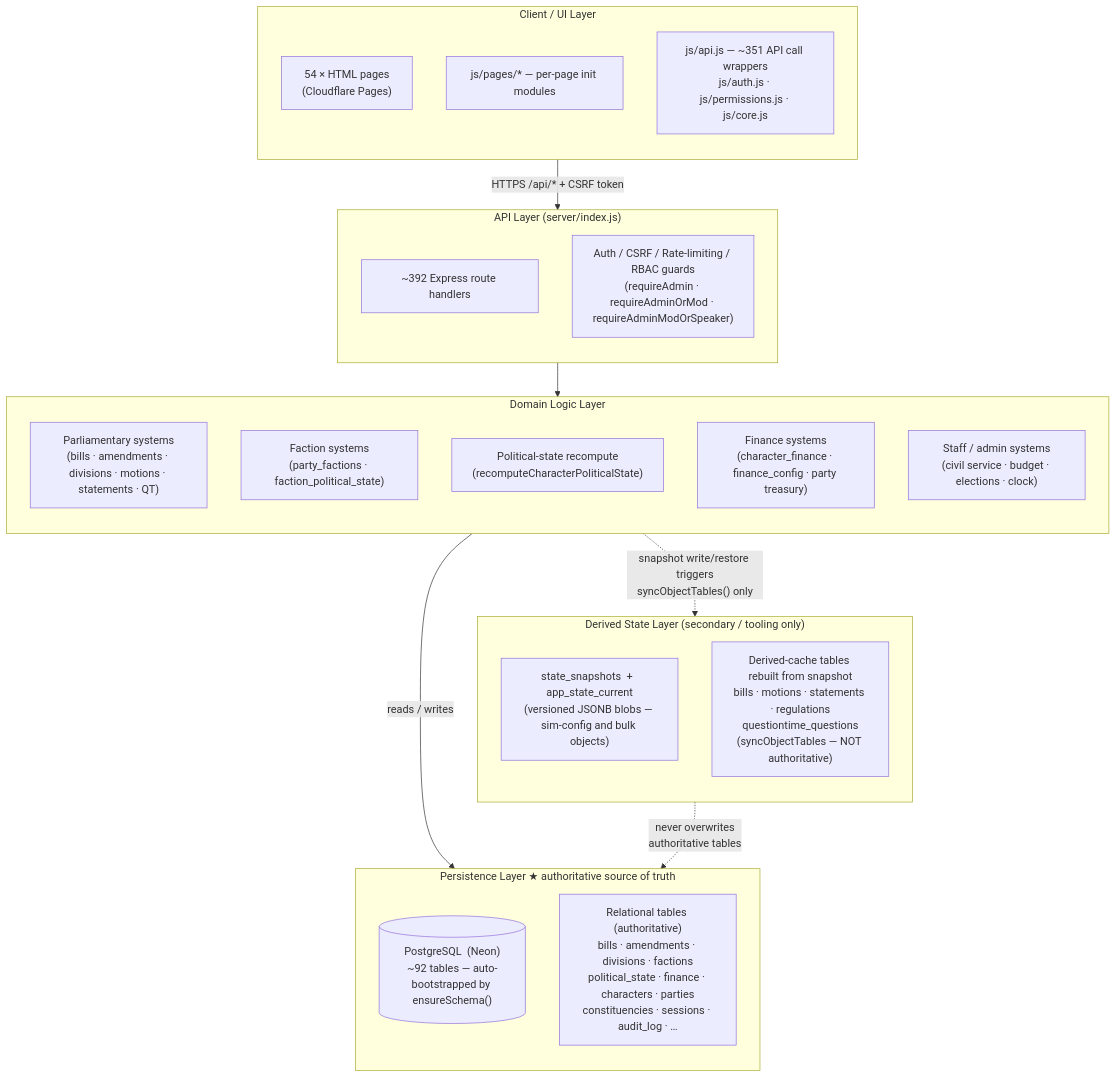
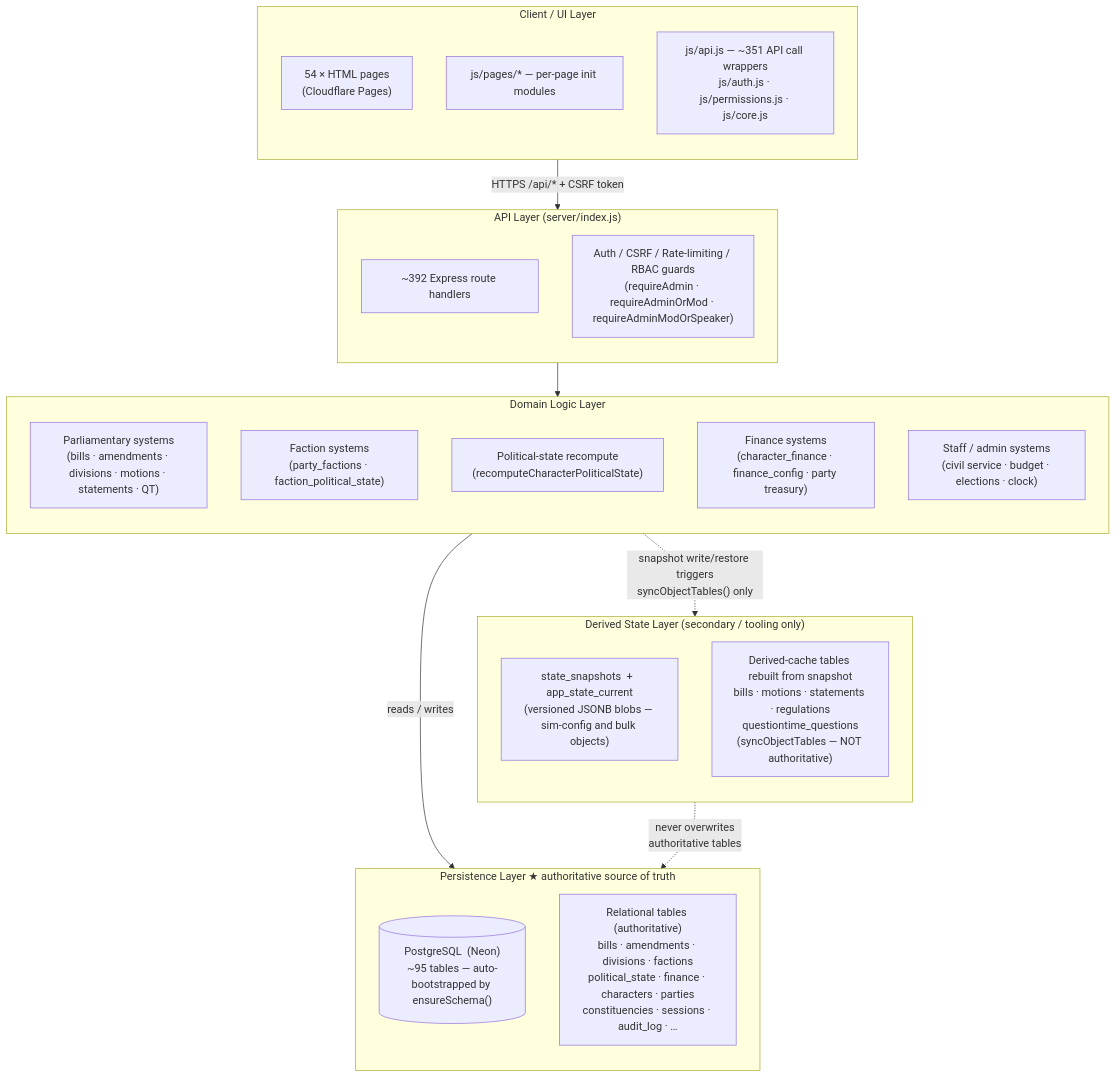
One commit to DaleW82003/rulebritannia-app changed the diagram in docs/architecture.md. Above: the diagram before and after it, drawn with Mermaid. The commit also changed other lines of this file and 3 other files, not shown here.

````diff
--- a/docs/architecture.md
+++ b/docs/architecture.md
@@ -20,42 +20,42 @@
 ```mermaid
 flowchart TD
     subgraph CLIENT["Client / UI Layer"]
         direction TB
         PAGES["54 × HTML pages\n(Cloudflare Pages)"]
         JSPAGES["js/pages/* — per-page init modules"]
         APIHELPERS["js/api.js — ~351 API call wrappers\njs/auth.js · js/permissions.js · js/core.js"]
     end
 
     subgraph API["API Layer  (server/index.js)"]
         direction TB
         ROUTES["~392 Express route handlers"]
         RBAC["Auth / CSRF / Rate-limiting / RBAC guards\n(requireAdmin · requireAdminOrMod · requireAdminModOrSpeaker)"]
     end
 
     subgraph DOMAIN["Domain Logic Layer"]
         direction TB
         PARL["Parliamentary systems\n(bills · amendments · divisions · motions · statements · QT)"]
         FACTIONS["Faction systems\n(party_factions · faction_political_state)"]
         POLSTATE["Political-state recompute\n(recomputeCharacterPoliticalState)"]
         FINANCE["Finance systems\n(character_finance · finance_config · party treasury)"]
         STAFF["Staff / admin systems\n(civil service · budget · elections · clock)"]
     end
 
     subgraph PERSIST["Persistence Layer  ★ authoritative source of truth"]
         direction TB
-        PG[("PostgreSQL  (Neon)\n~92 tables — auto-bootstrapped by ensureSchema()")]
+        PG[("PostgreSQL  (Neon)\n~95 tables — auto-bootstrapped by ensureSchema()")]
         RELTABLES["Relational tables (authoritative)\nbills · amendments · divisions · factions\npolitical_state · finance · characters · parties\nconstituencies · sessions · audit_log · …"]
     end
 
     subgraph DERIVED["Derived State Layer  (secondary / tooling only)"]
         direction TB
         SNAP["state_snapshots  +  app_state_current\n(versioned JSONB blobs — sim-config and bulk objects)"]
         CACHE["Derived-cache tables rebuilt from snapshot\nbills · motions · statements · regulations\nquestiontime_questions\n(syncObjectTables — NOT authoritative)"]
     end
 
     CLIENT -->|"HTTPS  /api/*  +  CSRF token"| API
     API --> DOMAIN
     DOMAIN -->|"reads / writes"| PERSIST
     DOMAIN -.->|"snapshot write/restore triggers\nsyncObjectTables() only"| DERIVED
     DERIVED -. "never overwrites\nauthoritative tables" .-> PERSIST
 ```
````
